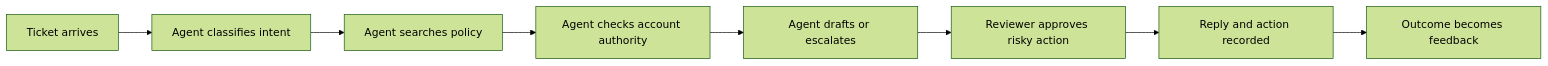
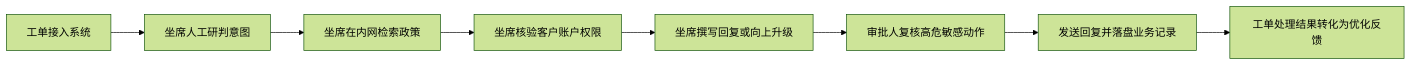
Before and after one commit to cluster1900/ai-engineering-from-scratch-zh: the diagram in certifications/claude/lessons/22-business-discovery-requirements-and-slas/docs/en.md, drawn with Mermaid (forest theme). The commit also changed other lines of this file and 187 other files, not shown here.

````diff
--- a/certifications/claude/lessons/22-business-discovery-requirements-and-slas/docs/en.md
+++ b/certifications/claude/lessons/22-business-discovery-requirements-and-slas/docs/en.md
@@ -94,10 +76,10 @@
 ```mermaid
 flowchart LR
-    I["Ticket arrives"] --> T["Agent classifies intent"]
-    T --> P["Agent searches policy"]
-    P --> A["Agent checks account authority"]
-    A --> D["Agent drafts or escalates"]
-    D --> R["Reviewer approves risky action"]
-    R --> O["Reply and action recorded"]
-    O --> F["Outcome becomes feedback"]
+    I["工单接入系统"] --> T["坐席人工研判意图"]
+    T --> P["坐席在内网检索政策"]
+    P --> A["坐席核验客户账户权限"]
+    A --> D["坐席撰写回复或向上升级"]
+    D --> R["审批人复核高危敏感动作"]
+    R --> O["发送回复并落盘业务记录"]
+    O --> F["工单处理结果转化为优化反馈"]
 ```
````
